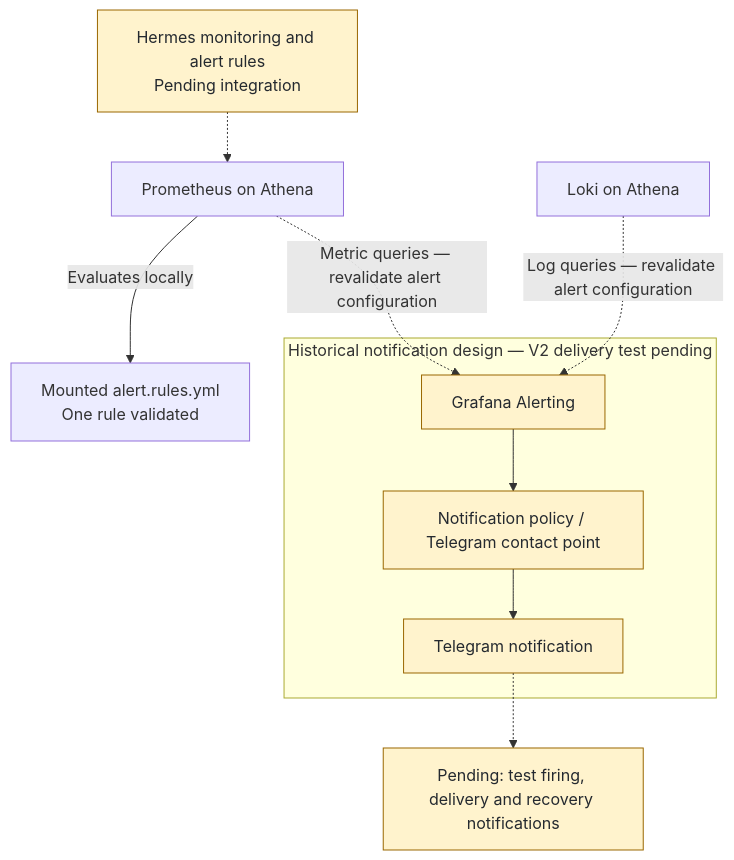
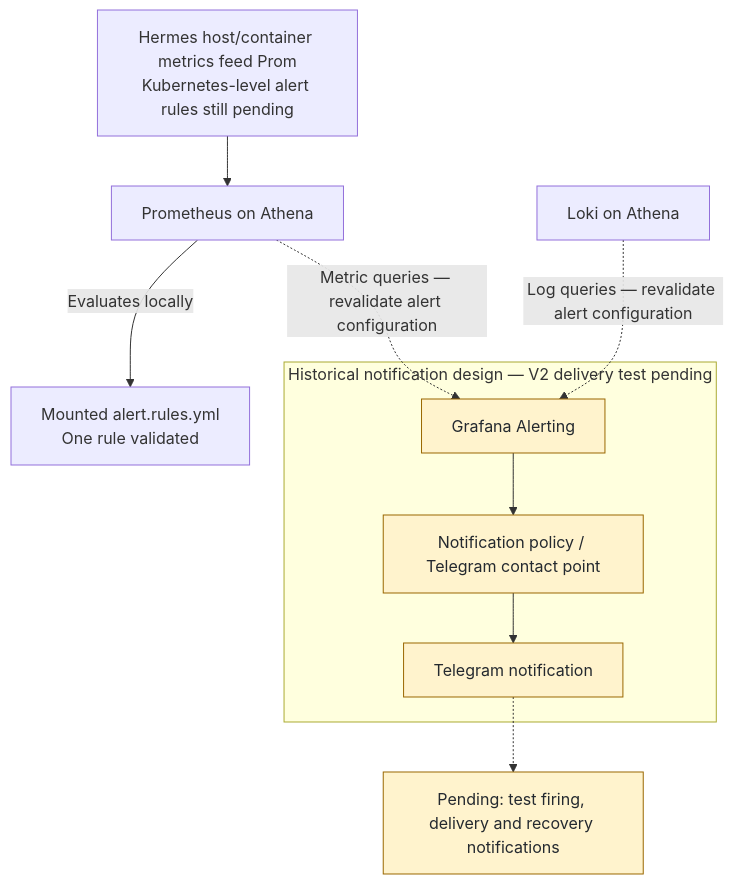
The diagram in diagrams/alerting-flow.mmd (SwapnajXD/HomeLab), drawn with Mermaid before and after one commit. The commit also changed 18 other files, not shown here.

Commit message:
docs: finalize September 14 homelab baseline and diagrams

```diff
--- a/diagrams/alerting-flow.mmd
+++ b/diagrams/alerting-flow.mmd
@@ -1,18 +1,18 @@
-%% Olympus V2 — operator-reported baseline 2026-09-12; no new live audit.
+%% Olympus V2 — operator-reported baseline 2026-09-12 with 2026-09-14 continuation; no new live audit.
 flowchart TB
     Prom["Prometheus on Athena"]
     Rules["Mounted alert.rules.yml<br/>One rule validated"]
     Prom -->|Evaluates locally| Rules
     subgraph Historical["Historical notification design — V2 delivery test pending"]
         Grafana["Grafana Alerting"]
         Contact["Notification policy / Telegram contact point"]
         Telegram["Telegram notification"]
         Grafana --> Contact --> Telegram
     end
     Prom -.->|Metric queries — revalidate alert configuration| Grafana
     Loki["Loki on Athena"] -.->|Log queries — revalidate alert configuration| Grafana
-    Hermes["Hermes monitoring and alert rules<br/>Pending integration"] -.-> Prom
+    Hermes["Hermes host/container metrics feed Prom<br/>Kubernetes-level alert rules still pending"] --> Prom
     Test["Pending: test firing, delivery and recovery notifications"]
     Telegram -.-> Test
     classDef pending fill:#fff3cd,stroke:#9a6700,color:#24292f;
-    class Hermes,Test,Grafana,Contact,Telegram pending;
+    class Test,Grafana,Contact,Telegram pending;
```
